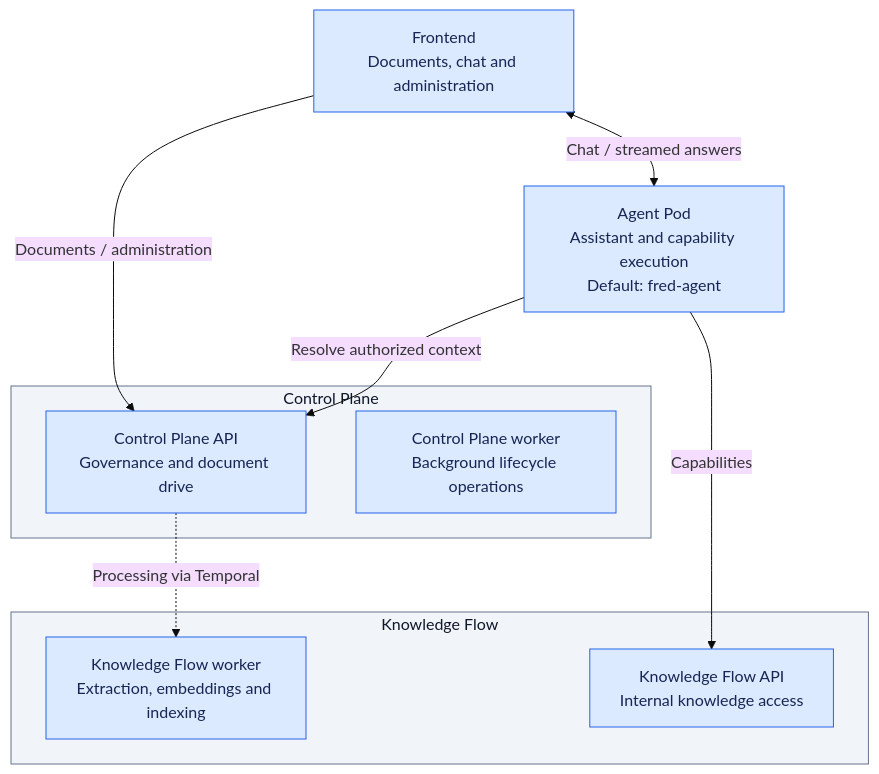
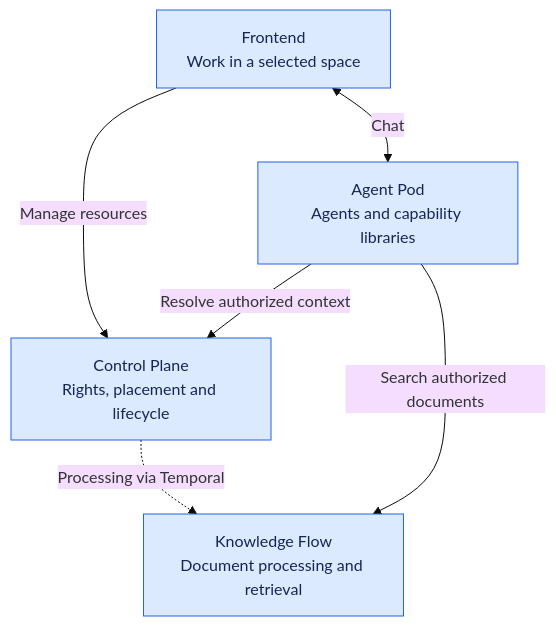
The first of 3 diagrams in docs/architecture/01-system-overview.md (ThalesGroup/fred), drawn with Mermaid (base theme) before and after one commit. The commit also changed other lines of this file and 5 other files, not shown here.

````diff
--- a/docs/architecture/01-system-overview.md
+++ b/docs/architecture/01-system-overview.md
@@ -21,23 +11,15 @@
 ```mermaid
 flowchart TB
-    ui["Frontend<br/>Documents, chat and administration"]
-    subgraph cp["Control Plane"]
-        api["Control Plane API<br/>Governance and document drive"]
-        worker["Control Plane worker<br/>Background lifecycle operations"]
-    end
-    pod["Agent Pod<br/>Assistant and capability execution<br/>Default: fred-agent"]
-    subgraph kf["Knowledge Flow"]
-        kfa["Knowledge Flow API<br/>Internal knowledge access"]
-        kfw["Knowledge Flow worker<br/>Extraction, embeddings and indexing"]
-    end
-    ui -->|"Documents / administration"| api
-    ui <-->|"Chat / streamed answers"| pod
-    pod -->|"Resolve authorized context"| api
-    pod -->|"Capabilities"| kfa
-    api -.->|"Processing via Temporal"| kfw
+    ui["Frontend<br/>Work in a selected space"]
+    cp["Control Plane<br/>Rights, placement and lifecycle"]
+    pod["Agent Pod<br/>Agents and capability libraries"]
+    kf["Knowledge Flow<br/>Document processing and retrieval"]
+    ui -->|"Manage resources"| cp
+    ui <-->|"Chat"| pod
+    pod -->|"Resolve authorized context"| cp
+    pod -->|"Search authorized documents"| kf
+    cp -.->|"Processing via Temporal"| kf
 
     classDef fred fill:#DBEAFE,stroke:#2563EB,color:#172554
-    classDef neutral fill:#F1F5F9,stroke:#64748B,color:#0F172A
-    class ui,api,worker,pod,kfa,kfw fred
-    class cp,kf neutral
+    class ui,cp,pod,kf fred
 ```
````
